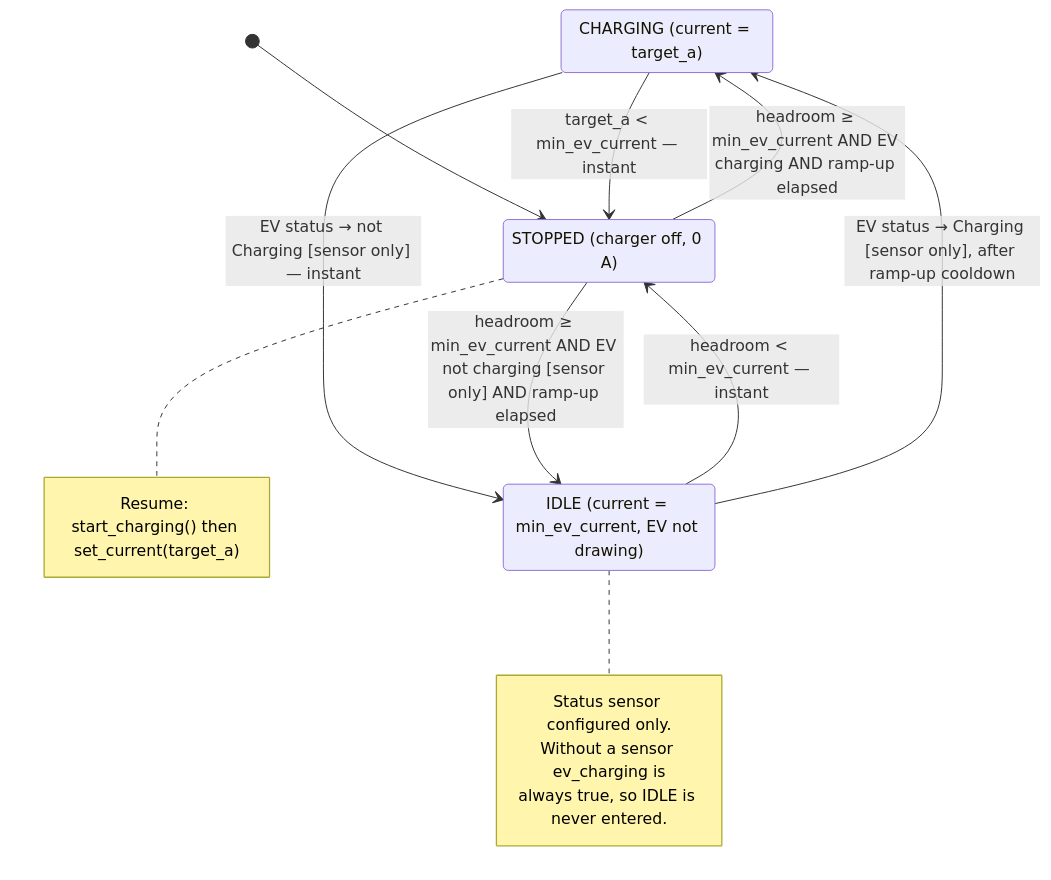
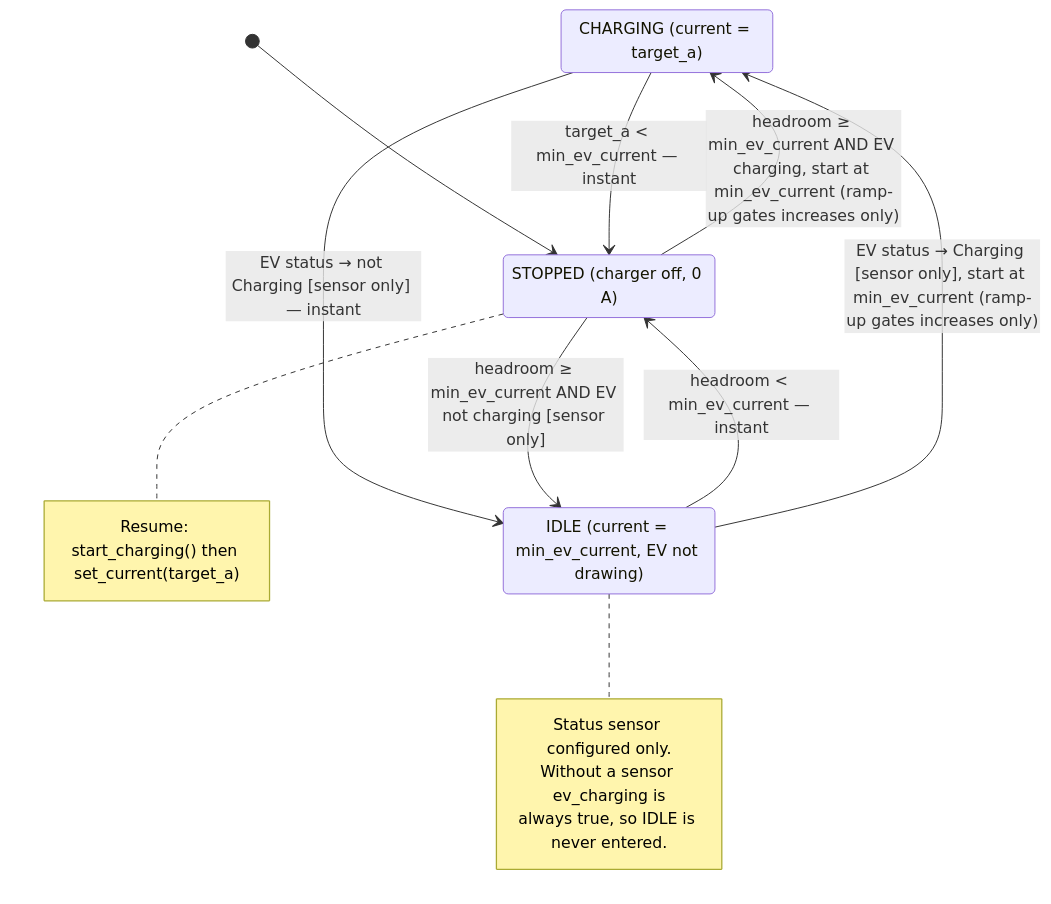
One commit to alexisml/Watt-O-Balancer changed the fourth of 7 diagrams in docs/documentation/how-it-works.md. Above: the diagram before and after it, drawn with Mermaid. The commit also changed 1 other file, not shown here.

Commit message:
docs: fix step 10 in dev memory and state diagram transition labels

````diff
--- a/docs/documentation/how-it-works.md
+++ b/docs/documentation/how-it-works.md
@@ -449,24 +449,24 @@
 ```mermaid
 stateDiagram-v2
     state "CHARGING (current = target_a)" as CHARGING
     state "IDLE (current = min_ev_current, EV not drawing)" as IDLE
     state "STOPPED (charger off, 0 A)" as STOPPED
 
     [*] --> STOPPED
     CHARGING --> STOPPED: target_a < min_ev_current — instant
     CHARGING --> IDLE: EV status → not Charging [sensor only] — instant
     IDLE --> STOPPED: headroom < min_ev_current — instant
-    IDLE --> CHARGING: EV status → Charging [sensor only], after ramp-up cooldown
-    STOPPED --> CHARGING: headroom ≥ min_ev_current AND EV charging AND ramp-up elapsed
-    STOPPED --> IDLE: headroom ≥ min_ev_current AND EV not charging [sensor only] AND ramp-up elapsed
+    IDLE --> CHARGING: EV status → Charging [sensor only], start at min_ev_current (ramp-up gates increases only)
+    STOPPED --> CHARGING: headroom ≥ min_ev_current AND EV charging, start at min_ev_current (ramp-up gates increases only)
+    STOPPED --> IDLE: headroom ≥ min_ev_current AND EV not charging [sensor only]
 
     note right of IDLE
         Status sensor configured only.
         Without a sensor ev_charging is
         always true, so IDLE is never entered.
     end note
 
     note right of STOPPED
         Resume: start_charging() then set_current(target_a)
     end note
 ```
````
